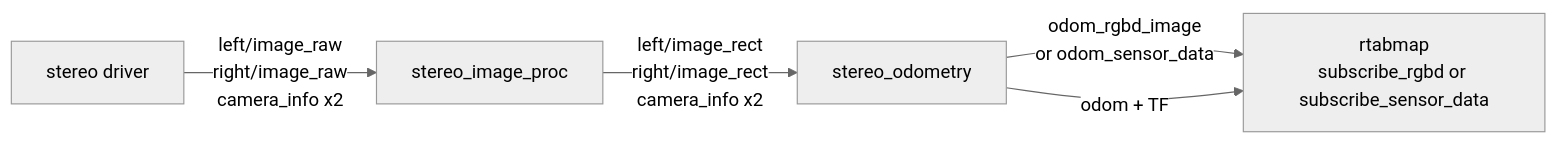
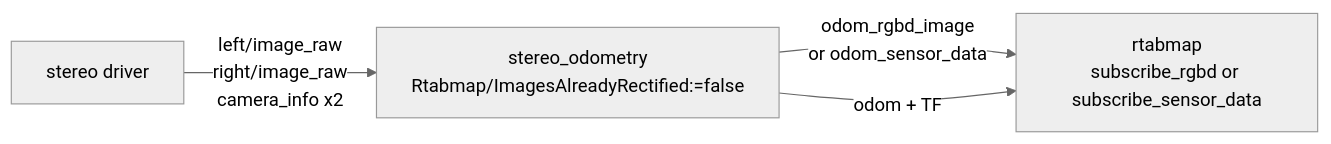
The fourth of 4 diagrams in rtabmap_odom/doc/stereo_odometry.md (introlab/rtabmap_ros), drawn with Mermaid (neutral theme) before and after one commit. The commit also changed other lines of this file, not shown here.

Commit message:
updated stereo doc

````diff
--- a/rtabmap_odom/doc/stereo_odometry.md
+++ b/rtabmap_odom/doc/stereo_odometry.md
@@ -45,11 +70,9 @@
 ```mermaid
 flowchart LR
     CAM["stereo driver"]
-    PROC["stereo_image_proc"]
-    ODOM["stereo_odometry"]
+    ODOM["stereo_odometry<br>Rtabmap/ImagesAlreadyRectified:=false"]
     MAP["rtabmap<br>subscribe_rgbd or subscribe_sensor_data"]
-    CAM -->|left/image_raw<br>right/image_raw<br>camera_info x2| PROC
-    PROC -->|left/image_rect<br>right/image_rect<br>camera_info x2| ODOM
+    CAM -->|left/image_raw<br>right/image_raw<br>camera_info x2| ODOM
     ODOM -->|odom_rgbd_image<br>or odom_sensor_data| MAP
     ODOM -->|odom + TF| MAP
 ```
````
